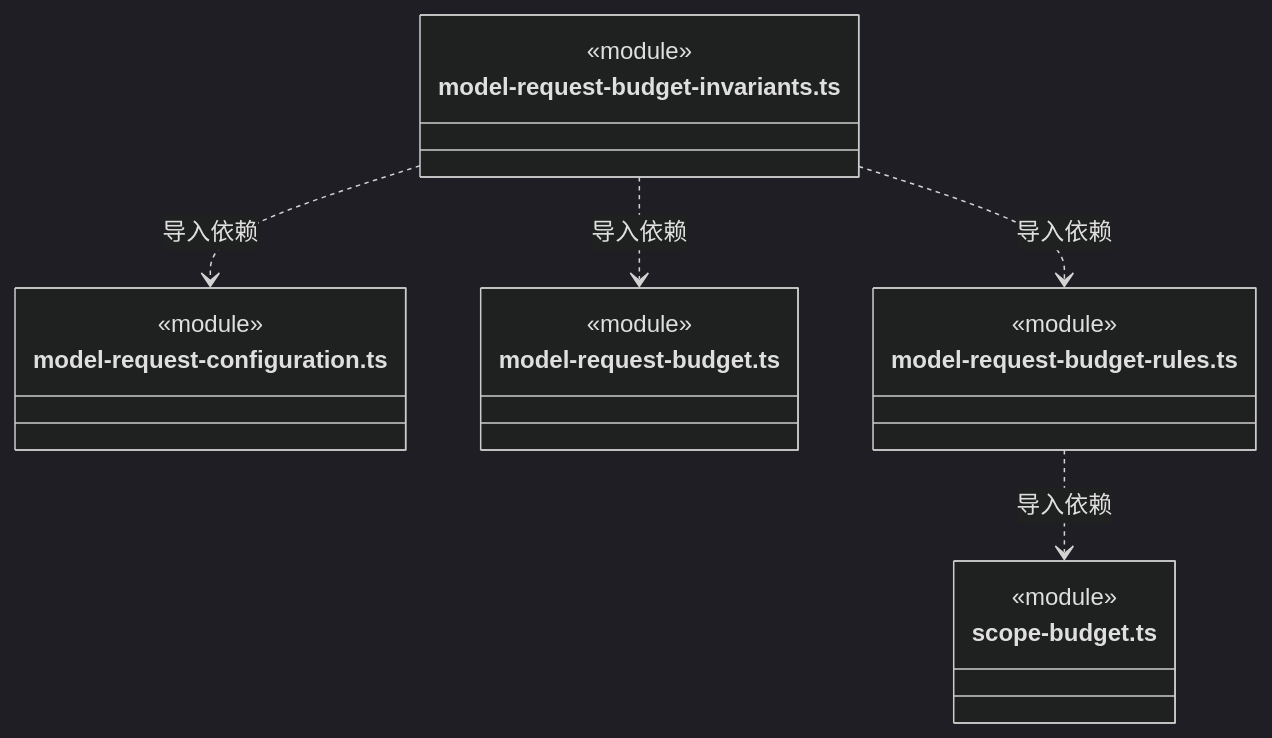
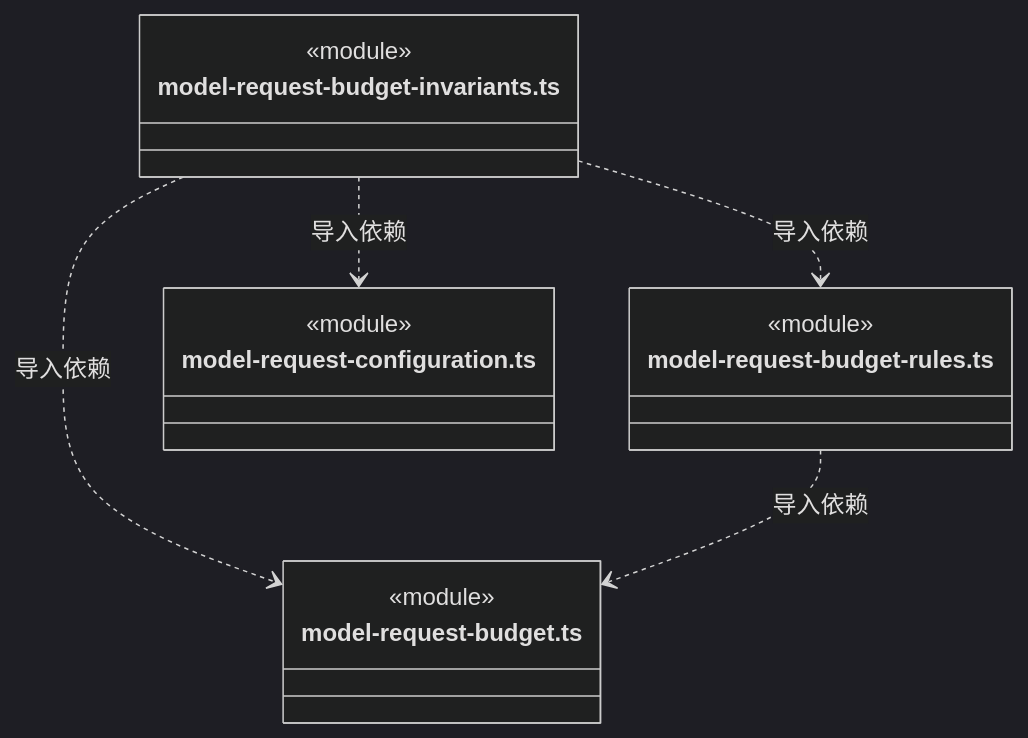
Before and after one commit to nan023062/cbim: diagram 17 of 19 in src/logic/budget/rules/ARCHITECTURE.md, drawn with Mermaid (dark theme). The commit also changed other lines of this file and 112 other files, not shown here.

Commit message:
docs: align source architecture with current declarations and contracts

````diff
--- a/src/logic/budget/rules/ARCHITECTURE.md
+++ b/src/logic/budget/rules/ARCHITECTURE.md
@@ -434,22 +434,19 @@
 ```mermaid
 classDiagram
 class N_src_logic_budget_rules_model_request_budget_invariants_ts["model-request-budget-invariants.ts"] {
   <<module>>
 }
-class N_src_logic_budget_rules_model_request_configuration_ts["model-request-configuration.ts"] {
+class N_src_logic_budget_rules_model_request_budget_rules_ts["model-request-budget-rules.ts"] {
   <<module>>
 }
 class N_src_logic_budget_rules_model_request_budget_ts["model-request-budget.ts"] {
   <<module>>
 }
-class N_src_logic_budget_rules_model_request_budget_rules_ts["model-request-budget-rules.ts"] {
+class N_src_logic_budget_rules_model_request_configuration_ts["model-request-configuration.ts"] {
   <<module>>
 }
-class N_src_logic_budget_rules_scope_budget_ts["scope-budget.ts"] {
-  <<module>>
-}
+N_src_logic_budget_rules_model_request_budget_invariants_ts ..> N_src_logic_budget_rules_model_request_budget_rules_ts : 导入依赖
+N_src_logic_budget_rules_model_request_budget_invariants_ts ..> N_src_logic_budget_rules_model_request_budget_ts : 导入依赖
 N_src_logic_budget_rules_model_request_budget_invariants_ts ..> N_src_logic_budget_rules_model_request_configuration_ts : 导入依赖
-N_src_logic_budget_rules_model_request_budget_invariants_ts ..> N_src_logic_budget_rules_model_request_budget_ts : 导入依赖
-N_src_logic_budget_rules_model_request_budget_invariants_ts ..> N_src_logic_budget_rules_model_request_budget_rules_ts : 导入依赖
-N_src_logic_budget_rules_model_request_budget_rules_ts ..> N_src_logic_budget_rules_scope_budget_ts : 导入依赖
+N_src_logic_budget_rules_model_request_budget_rules_ts ..> N_src_logic_budget_rules_model_request_budget_ts : 导入依赖
 ```
````
